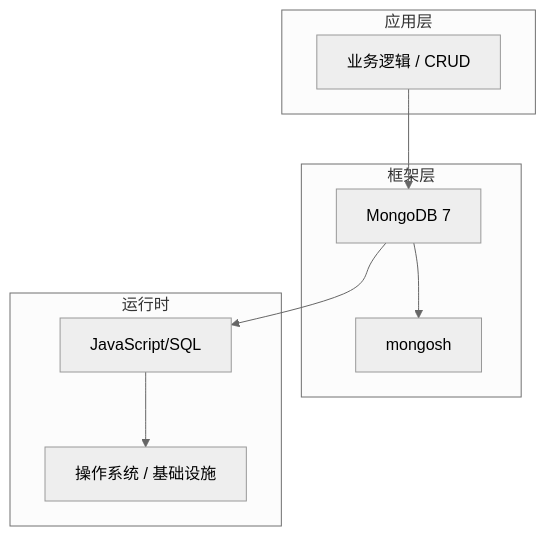
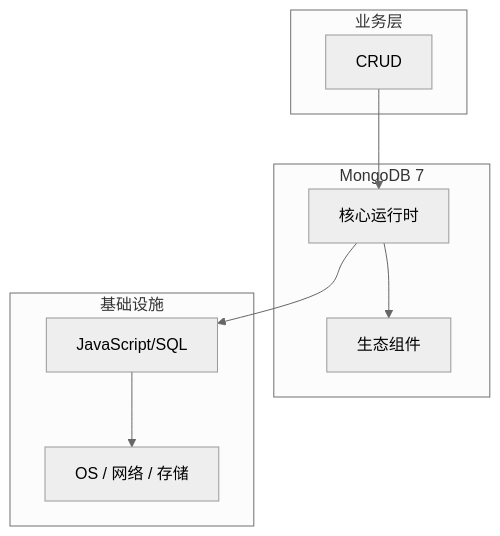
One commit to yanggan2015/knowledge-json-v2 changed the diagram in articles/MongoDB/chapters/015-CRUD核心概念与原理.md. Above: the diagram before and after it, drawn with Mermaid (neutral theme). The commit also changed other lines of this file and 10127 other files, not shown here.

````diff
--- a/articles/MongoDB/chapters/015-CRUD核心概念与原理.md
+++ b/articles/MongoDB/chapters/015-CRUD核心概念与原理.md
@@ -45,18 +34,18 @@
 ```mermaid
 graph TB
-    subgraph 应用层
-        A[业务逻辑 / CRUD]
+    subgraph 业务层
+        A[CRUD]
     end
-    subgraph 框架层
-        B[MongoDB 7]
-        C[mongosh]
+    subgraph MongoDB 7
+        B[核心运行时]
+        C[生态组件]
     end
-    subgraph 运行时
+    subgraph 基础设施
         D[JavaScript/SQL]
-        E[操作系统 / 基础设施]
+        E[OS / 网络 / 存储]
     end
     A --> B
     B --> C
     B --> D
     D --> E
 ```
````
